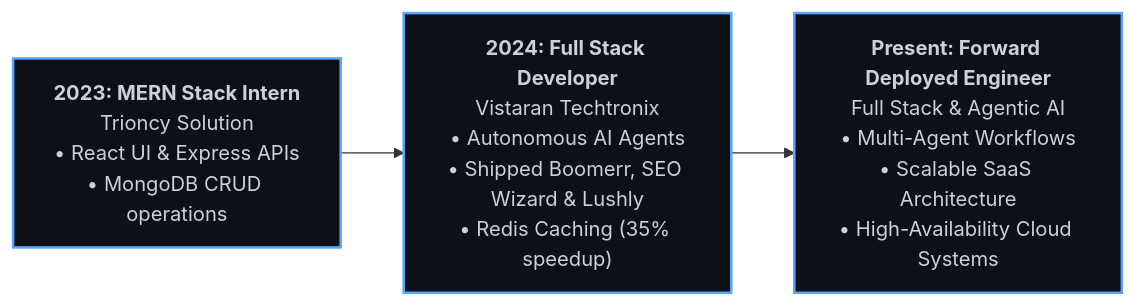
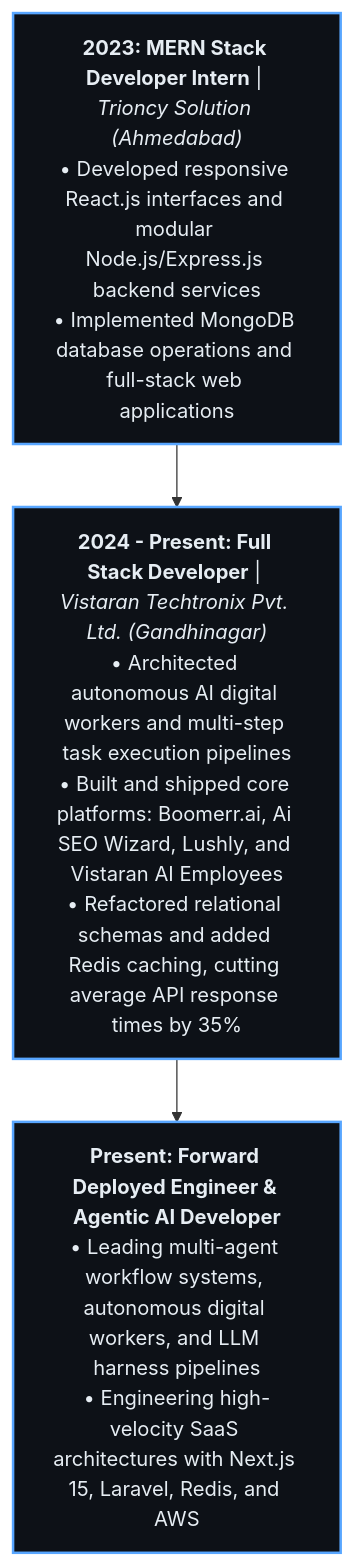
One commit to varunumraliya/varunumraliya changed the diagram in README.md. Above: the diagram before and after it, drawn with Mermaid. The commit also changed other lines of this file, not shown here.

````diff
--- a/README.md
+++ b/README.md
@@ -271,9 +259,9 @@
 ```mermaid
-flowchart LR
-    A["<b>2023: MERN Stack Intern</b><br>Trioncy Solution<br>• React UI & Express APIs<br>• MongoDB CRUD operations"] 
-    --> B["<b>2024: Full Stack Developer</b><br>Vistaran Techtronix<br>• Autonomous AI Agents<br>• Shipped Boomerr, SEO Wizard & Lushly<br>• Redis Caching (35% speedup)"]
-    --> C["<b>Present: Forward Deployed Engineer</b><br>Full Stack & Agentic AI<br>• Multi-Agent Workflows<br>• Scalable SaaS Architecture<br>• High-Availability Cloud Systems"]
+flowchart TD
+    A["<b>2023: MERN Stack Developer Intern</b> | <i>Trioncy Solution (Ahmedabad)</i><br/>• Developed responsive React.js interfaces and modular Node.js/Express.js backend services<br/>• Implemented MongoDB database operations and full-stack web applications"]
+    --> B["<b>2024 - Present: Full Stack Developer</b> | <i>Vistaran Techtronix Pvt. Ltd. (Gandhinagar)</i><br/>• Architected autonomous AI digital workers and multi-step task execution pipelines<br/>• Built and shipped core platforms: Boomerr.ai, Ai SEO Wizard, Lushly, and Vistaran AI Employees<br/>• Refactored relational schemas and added Redis caching, cutting average API response times by 35%"]
+    --> C["<b>Present: Forward Deployed Engineer & Agentic AI Developer</b><br/>• Leading multi-agent workflow systems, autonomous digital workers, and LLM harness pipelines<br/>• Engineering high-velocity SaaS architectures with Next.js 15, Laravel, Redis, and AWS"]
 
-    classDef stepCard fill:#0d1117,stroke:#58a6ff,stroke-width:2px,color:#c9d1d9;
+    classDef stepCard fill:#0d1117,stroke:#58a6ff,stroke-width:2px,color:#e6edf3;
     class A,B,C stepCard;
 ```
````
